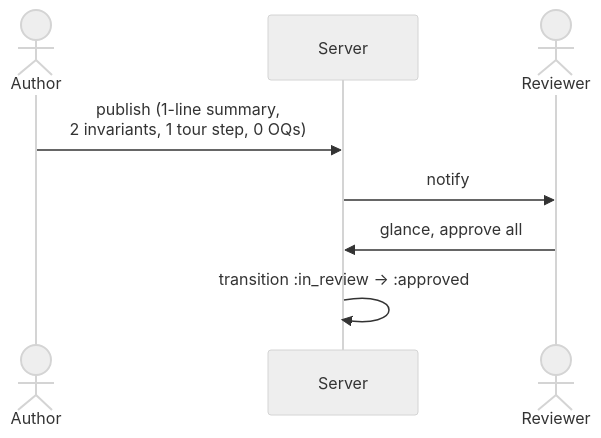
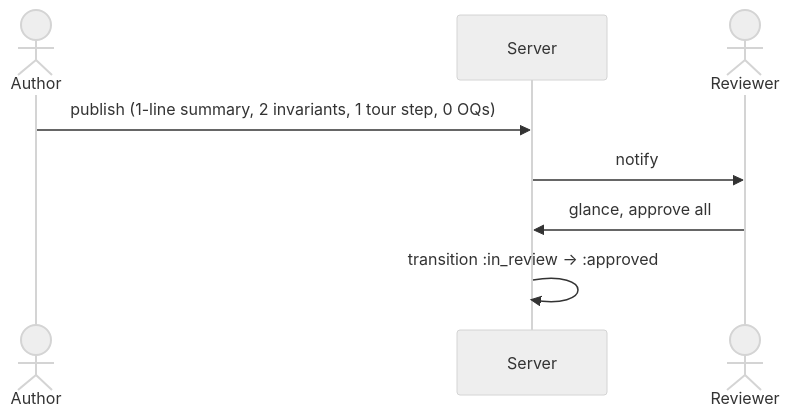
The third of 7 diagrams in .plans/review-packet-prd.md (figitaki/reviews), drawn with Mermaid (neutral theme) before and after one commit. The commit also changed other lines of this file and 1 other file, not shown here.

Commit message:
fix: resolve mermaid rendering errors in PRD and spec

````diff
--- a/.plans/review-packet-prd.md
+++ b/.plans/review-packet-prd.md
@@ -93,11 +93,11 @@
 ```mermaid
 sequenceDiagram
     actor Author
     participant Server
     actor Reviewer
 
-    Author->>Server: publish (1-line summary,<br/>2 invariants, 1 tour step, 0 OQs)
+    Author->>Server: publish (1-line summary, 2 invariants, 1 tour step, 0 OQs)
     Server->>Reviewer: notify
     Reviewer->>Server: glance, approve all
     Server->>Server: transition :in_review → :approved
 ```
````
